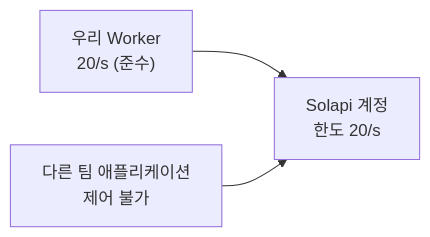
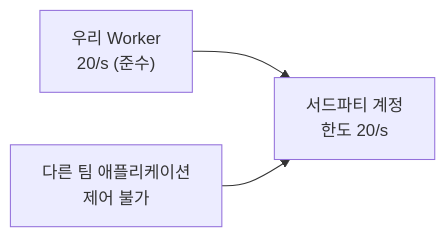
Before and after one commit to pythonstrup/myvelop: the first of 2 diagrams in src/content/blog/ko/21.md, drawn with Mermaid. The commit also changed other lines of this file and 10 other files, not shown here.

```diff
--- a/src/content/blog/ko/21.md
+++ b/src/content/blog/ko/21.md
@@ -87,7 +87,7 @@
 <pre class="mermaid">
 flowchart LR
     accTitle: 서드파티 계정을 공유할 때의 한도 초과
     accDescr: 우리 워커는 자신의 limiter를 정확히 지키지만, 같은 계정을 쓰는 다른 팀의 호출이 합산되어 서드파티가 관측하는 요청량은 한도를 넘는다.
-    W["우리 Worker<br/>20/s (준수)"] --> API["Solapi 계정<br/>한도 20/s"]
+    W["우리 Worker<br/>20/s (준수)"] --> API["서드파티 계정<br/>한도 20/s"]
     T["다른 팀 애플리케이션<br/>제어 불가"] --> API
 </pre>
```
